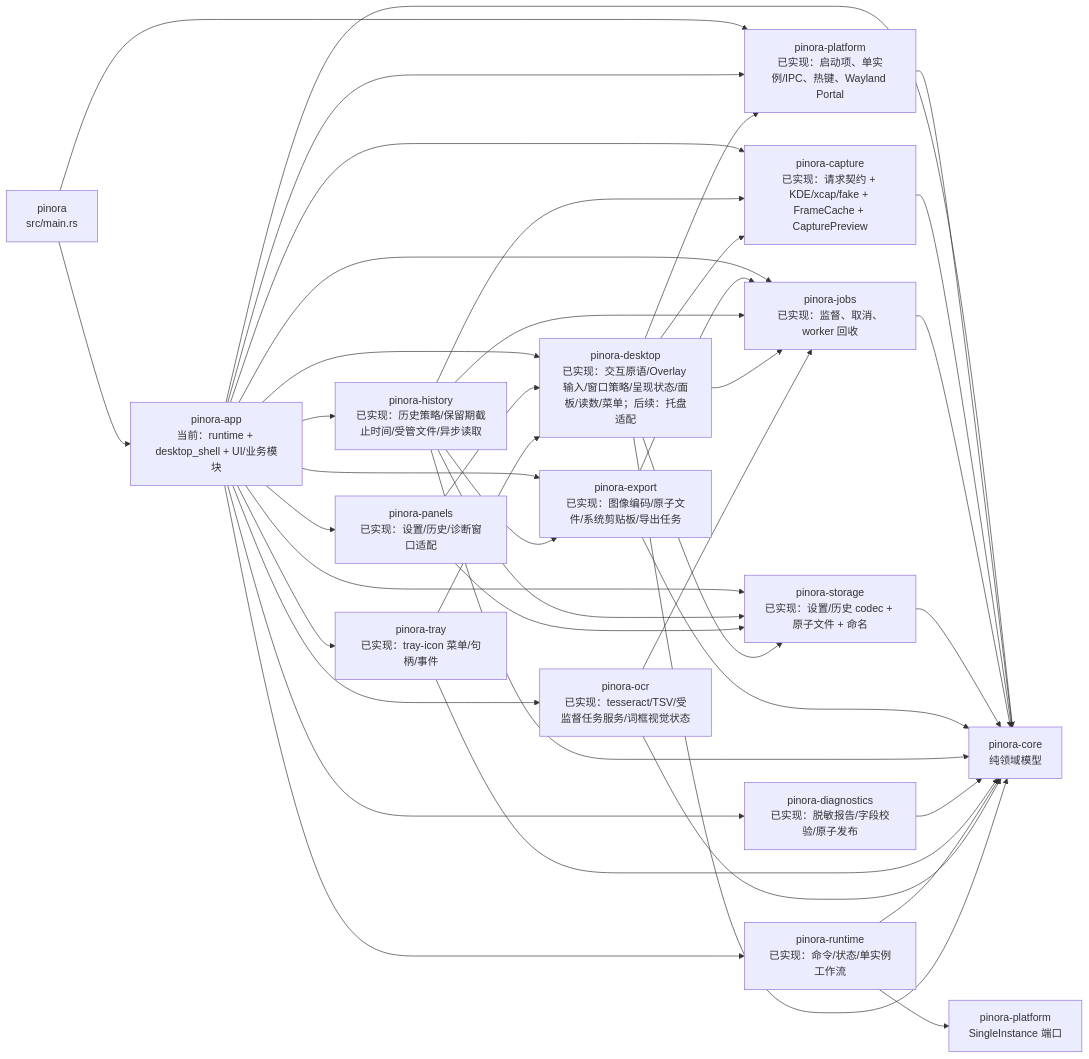
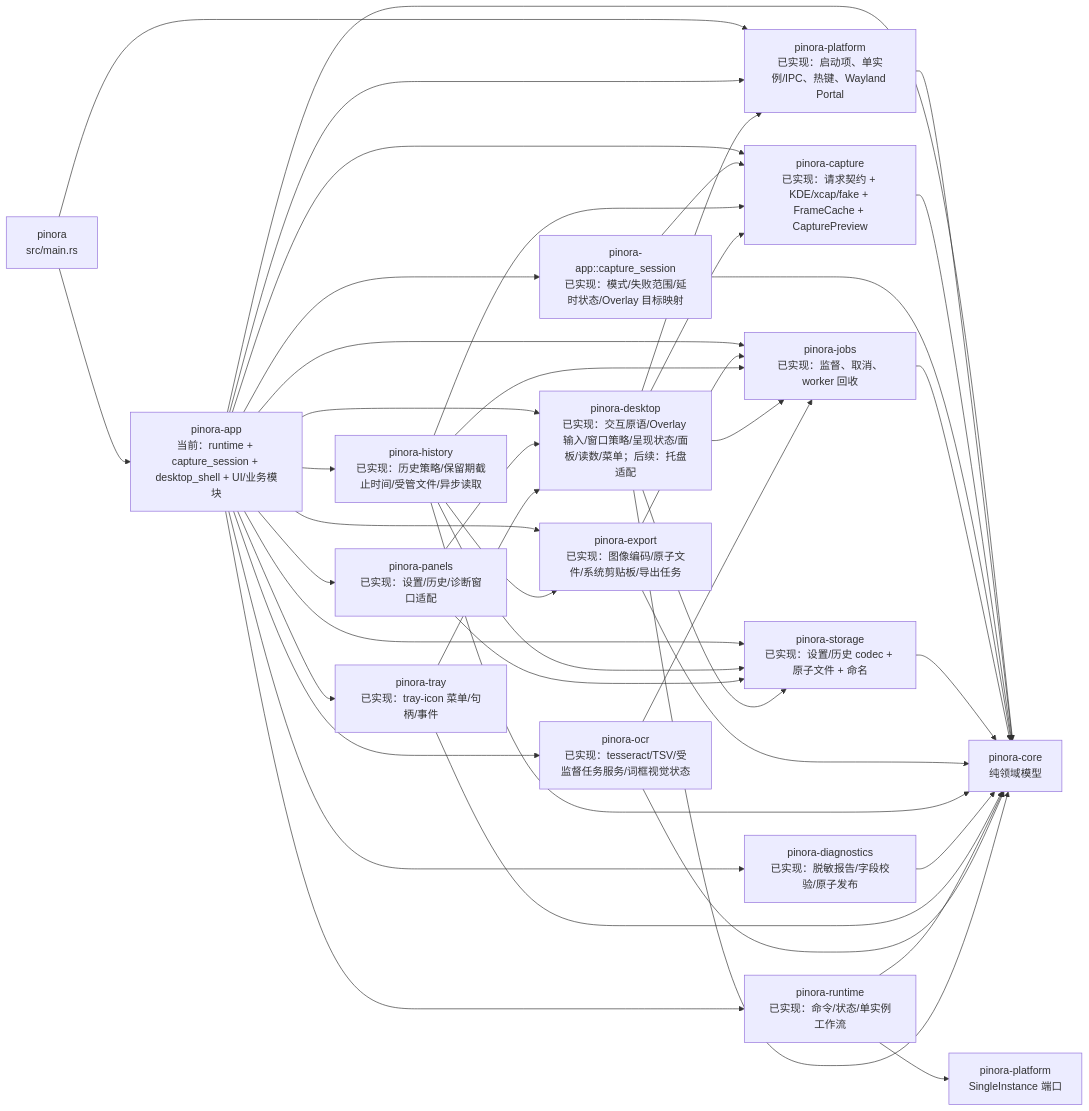
The third of 25 diagrams in docs/Pinora-开发设计文档.md (yhyzgn/pinora), drawn with Mermaid before and after one commit. The commit also changed other lines of this file and 9 other files, not shown here.

Commit message:
refactor(app): isolate capture session state

````diff
--- a/docs/Pinora-开发设计文档.md
+++ b/docs/Pinora-开发设计文档.md
@@ -236,44 +236,47 @@
 ```mermaid
 flowchart LR
-    Main["pinora\nsrc/main.rs"] --> App["pinora-app\n当前：runtime + desktop_shell + UI/业务模块"]
+    Main["pinora\nsrc/main.rs"] --> App["pinora-app\n当前：runtime + capture_session + desktop_shell + UI/业务模块"]
     Main --> Platform["pinora-platform\n已实现：启动项、单实例/IPC、热键、Wayland Portal"]
     App --> Platform
     App --> Core["pinora-core\n纯领域模型"]
     Platform --> Core
 
     App --> CaptureNow["pinora-capture\n已实现：请求契约 + KDE/xcap/fake + FrameCache + CapturePreview"]
     CaptureNow --> Core
+    App --> CaptureSession["pinora-app::capture_session\n已实现：模式/失败范围/延时状态/Overlay 目标映射"]
+    CaptureSession --> CaptureNow
+    CaptureSession --> Core
     App --> JobsNow["pinora-jobs\n已实现：监督、取消、worker 回收"]
     JobsNow --> Core
     App --> StorageNow["pinora-storage\n已实现：设置/历史 codec + 原子文件 + 命名"]
     StorageNow --> Core
     App --> Desktop["pinora-desktop\n已实现：交互原语/Overlay 输入/窗口策略/呈现状态/面板/读数/菜单；后续：托盘适配"]
     App --> ExportNow["pinora-export\n已实现：图像编码/原子文件/系统剪贴板/导出任务"]
     ExportNow --> Core
     ExportNow --> JobsNow
     App --> HistoryNow["pinora-history\n已实现：历史策略/保留期截止时间/受管文件/异步读取"]
     HistoryNow --> Core
     HistoryNow --> StorageNow
     HistoryNow --> CaptureNow
     HistoryNow --> JobsNow
     HistoryNow --> ExportNow
     App --> DiagnosticsNow["pinora-diagnostics\n已实现：脱敏报告/字段校验/原子发布"]
     DiagnosticsNow --> Core
     App --> PanelsNow["pinora-panels\n已实现：设置/历史/诊断窗口适配"]
     PanelsNow --> Desktop
     PanelsNow --> StorageNow
     App --> TrayNow["pinora-tray\n已实现：tray-icon 菜单/句柄/事件"]
     TrayNow --> Core
     TrayNow --> Desktop
     App --> RuntimeNow["pinora-runtime\n已实现：命令/状态/单实例工作流"]
     RuntimeNow --> Core
     RuntimeNow --> PlatformNow["pinora-platform\nSingleInstance 端口"]
     App --> Ocr["pinora-ocr\n已实现：tesseract/TSV/受监督任务服务/词框视觉状态"]
     Ocr --> Core
     Desktop --> Core
     Desktop --> Platform
     Desktop --> CaptureNow
     Desktop --> JobsNow
     Desktop --> StorageNow
     Ocr --> JobsNow
 ```
````
